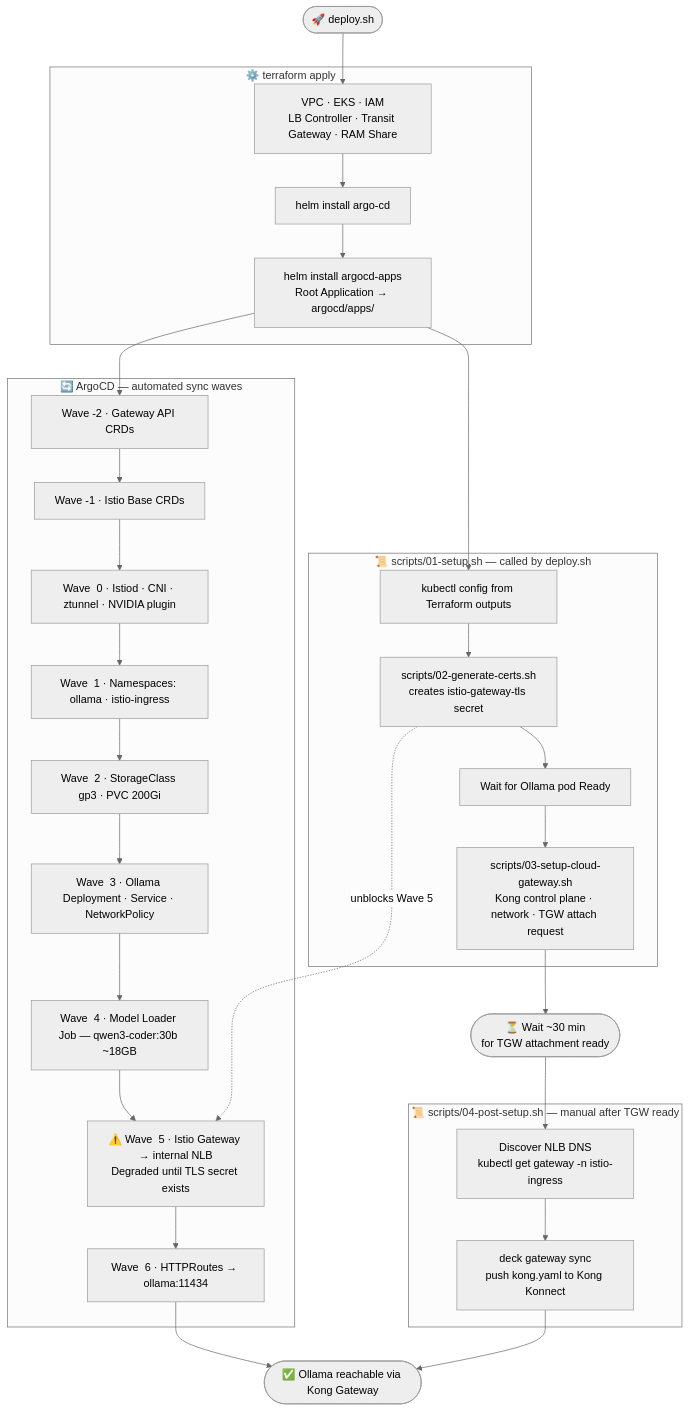
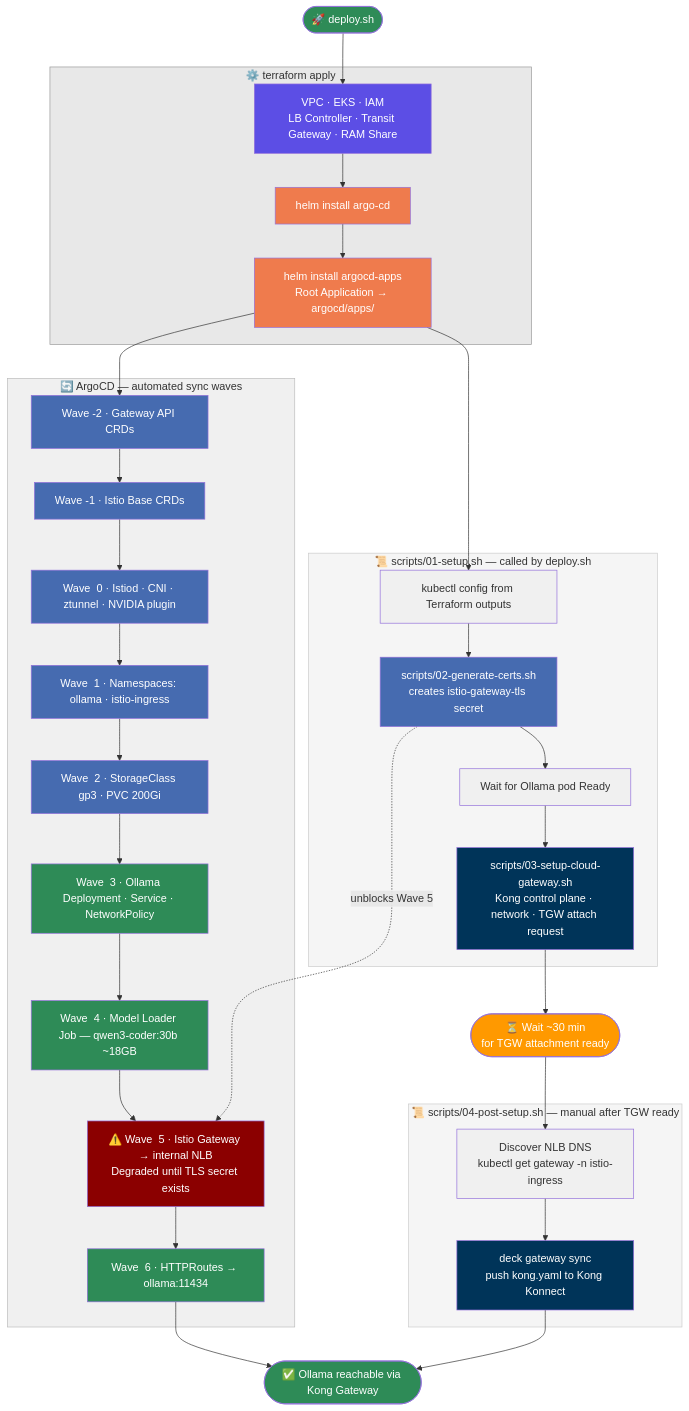
Before and after one commit to shanaka-versent/Ollama-on-EKS: the second of 4 diagrams in README.md, drawn with Mermaid. The commit also changed other lines of this file, not shown here.

Commit message:
docs: consolidate ArgoCD into dedicated section, match munchgo diagram style

````diff
--- a/README.md
+++ b/README.md
@@ -402,50 +408,75 @@
 ```mermaid
-%%{init: {'theme': 'neutral', 'themeVariables': {'primaryColor': '#ECECFF', 'primaryBorderColor': '#9370DB', 'lineColor': '#666', 'secondaryColor': '#ffffde'}}}%%
 flowchart TD
-    START([🚀 deploy.sh])
+    START(["🚀 deploy.sh"])
 
     subgraph TF["⚙️ terraform apply"]
         TF1["VPC · EKS · IAM\nLB Controller · Transit Gateway · RAM Share"]
         TF2["helm install argo-cd"]
         TF3["helm install argocd-apps\nRoot Application → argocd/apps/"]
         TF1 --> TF2 --> TF3
     end
 
     subgraph ARGO["🔄 ArgoCD — automated sync waves"]
         W_2["Wave -2 · Gateway API CRDs"]
         W_1["Wave -1 · Istio Base CRDs"]
         W0["Wave  0 · Istiod · CNI · ztunnel · NVIDIA plugin"]
         W1["Wave  1 · Namespaces: ollama · istio-ingress"]
         W2["Wave  2 · StorageClass gp3 · PVC 200Gi"]
         W3["Wave  3 · Ollama Deployment · Service · NetworkPolicy"]
         W4["Wave  4 · Model Loader Job — qwen3-coder:30b ~18GB"]
         W5["⚠️ Wave  5 · Istio Gateway → internal NLB\nDegraded until TLS secret exists"]
         W6["Wave  6 · HTTPRoutes → ollama:11434"]
         W_2 --> W_1 --> W0 --> W1 --> W2 --> W3 --> W4 --> W5 --> W6
     end
 
     subgraph SETUP["📜 scripts/01-setup.sh — called by deploy.sh"]
         SA["kubectl config from Terraform outputs"]
         SB["scripts/02-generate-certs.sh\ncreates istio-gateway-tls secret"]
         SC["Wait for Ollama pod Ready"]
         SD["scripts/03-setup-cloud-gateway.sh\nKong control plane · network · TGW attach request"]
         SA --> SB --> SC --> SD
     end
 
     subgraph POST["📜 scripts/04-post-setup.sh — manual after TGW ready"]
         PA["Discover NLB DNS\nkubectl get gateway -n istio-ingress"]
         PB["deck gateway sync\npush kong.yaml to Kong Konnect"]
         PA --> PB
     end
 
     DONE(["✅ Ollama reachable via Kong Gateway"])
 
     START --> TF1
     TF3 --> W_2
     TF3 --> SA
     SB -. "unblocks Wave 5" .-> W5
     SD --> WAIT(["⏳ Wait ~30 min\nfor TGW attachment ready"])
     WAIT --> PA
     W6 --> DONE
     PB --> DONE
+
+    style START fill:#2E8B57,color:#fff
+    style DONE fill:#2E8B57,color:#fff
+    style WAIT fill:#FF9900,color:#fff
+    style TF1 fill:#5C4EE5,color:#fff
+    style TF2 fill:#EF7B4D,color:#fff
+    style TF3 fill:#EF7B4D,color:#fff
+    style W_2 fill:#466BB0,color:#fff
+    style W_1 fill:#466BB0,color:#fff
+    style W0 fill:#466BB0,color:#fff
+    style W1 fill:#466BB0,color:#fff
+    style W2 fill:#466BB0,color:#fff
+    style W3 fill:#2E8B57,color:#fff
+    style W4 fill:#2E8B57,color:#fff
+    style W5 fill:#8B0000,color:#fff
+    style W6 fill:#2E8B57,color:#fff
+    style SA fill:#F0F0F0,color:#333
+    style SB fill:#466BB0,color:#fff
+    style SC fill:#F0F0F0,color:#333
+    style SD fill:#003459,color:#fff
+    style PA fill:#F0F0F0,color:#333
+    style PB fill:#003459,color:#fff
+    style TF fill:#E8E8E8,stroke:#999,color:#333
+    style ARGO fill:#F0F0F0,stroke:#BBB,color:#333
+    style SETUP fill:#F5F5F5,stroke:#CCC,color:#333
+    style POST fill:#F5F5F5,stroke:#CCC,color:#333
 ```
````
